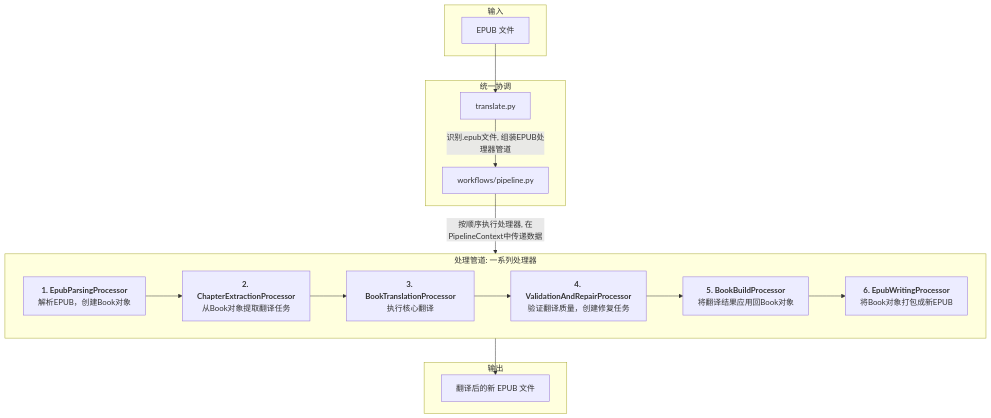
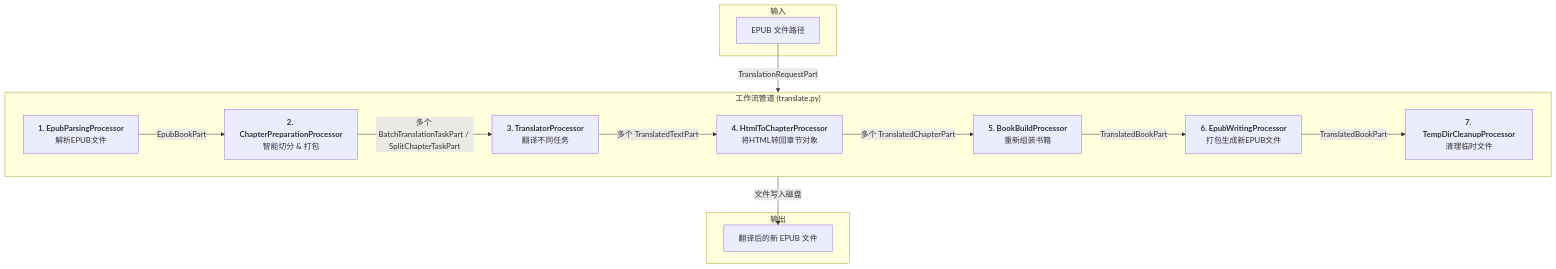
One commit to kuniyao/MultiMediaGenAI changed the diagram in docs/01_workflow_epub_translation.md. Above: the diagram before and after it, drawn with Mermaid. The commit also changed other lines of this file and 16 other files, not shown here.

````diff
--- a/docs/01_workflow_epub_translation.md
+++ b/docs/01_workflow_epub_translation.md
@@ -15,31 +13,31 @@
 ```mermaid
 graph TD;
     subgraph Input [输入]
-        A[EPUB 文件]
+        A[EPUB 文件路径]
     end
 
-    subgraph Orchestration [统一协调]
-        O1[translate.py]
-        O2[workflows/pipeline.py]
-    end
-
-    subgraph ProcessingPipeline [处理管道: 一系列处理器]
+    subgraph "工作流管道 (translate.py)"
         direction LR
-        P1["<b>1. EpubParsingProcessor</b><br>解析EPUB，创建Book对象"]
-        P2["<b>2. ChapterExtractionProcessor</b><br>从Book对象提取翻译任务"]
-        P3["<b>3. BookTranslationProcessor</b><br>执行核心翻译"]
-        P4["<b>4. ValidationAndRepairProcessor</b><br>验证翻译质量，创建修复任务"]
-        P5["<b>5. BookBuildProcessor</b><br>将翻译结果应用回Book对象"]
-        P6["<b>6. EpubWritingProcessor</b><br>将Book对象打包成新EPUB"]
+        P1["<b>1. EpubParsingProcessor</b><br>解析EPUB文件"]
+        P2["<b>2. ChapterPreparationProcessor</b><br>智能切分 & 打包"]
+        P3["<b>3. TranslatorProcessor</b><br>翻译不同任务"]
+        P4["<b>4. HtmlToChapterProcessor</b><br>将HTML转回章节对象"]
+        P5["<b>5. BookBuildProcessor</b><br>重新组装书籍"]
+        P6["<b>6. EpubWritingProcessor</b><br>打包生成新EPUB文件"]
+        P7["<b>7. TempDirCleanupProcessor</b><br>清理临时文件"]
     end
 
     subgraph Output [输出]
         G[翻译后的新 EPUB 文件]
     end
 
-    A --> O1;
-    O1 -- "识别.epub文件, 组装EPUB处理器管道" --> O2;
-    O2 -- "按顺序执行处理器, 在PipelineContext中传递数据" --> P1;
-    P1 --> P2 --> P3 --> P4 --> P5 --> P6;
-    P6 --> G;
+    A -- "TranslationRequestPart" --> P1;
+    P1 -- "EpubBookPart" --> P2;
+    P2 -- "多个 BatchTranslationTaskPart / SplitChapterTaskPart" --> P3;
+    P3 -- "多个 TranslatedTextPart" --> P4;
+    P4 -- "多个 TranslatedChapterPart" --> P5;
+    P5 -- "TranslatedBookPart" --> P6;
+    P6 -- "TranslatedBookPart" --> P7;
+    P7 -- "文件写入磁盘" --> G;
+
 ```
````
